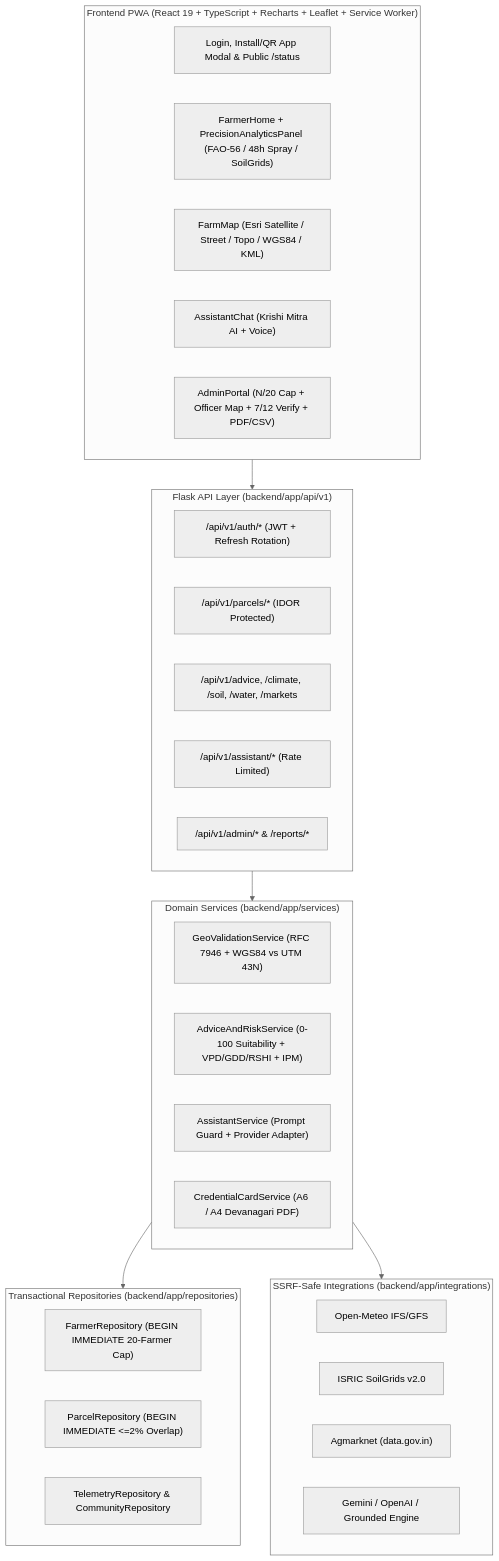
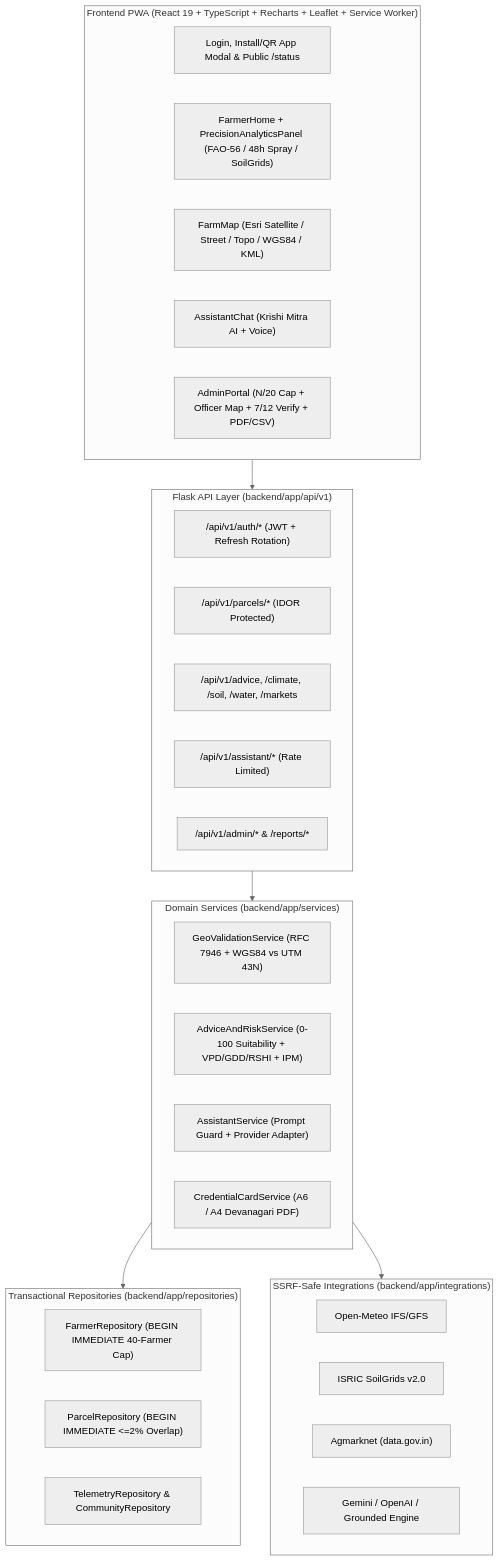
The first of 2 diagrams in ARCHITECTURE.md (haryana2x4/terrawise-ai), drawn with Mermaid (neutral theme) before and after one commit. The commit also changed other lines of this file and 23 other files, not shown here.

````diff
--- a/ARCHITECTURE.md
+++ b/ARCHITECTURE.md
@@ -9,43 +9,43 @@
 ```mermaid
 flowchart TD
     subgraph Client["Frontend PWA (React 19 + TypeScript + Recharts + Leaflet + Service Worker)"]
         LoginUI["Login, Install/QR App Modal & Public /status"]
         FarmerUI["FarmerHome + PrecisionAnalyticsPanel (FAO-56 / 48h Spray / SoilGrids)"]
         MapUI["FarmMap (Esri Satellite / Street / Topo / WGS84 / KML)"]
         ChatUI["AssistantChat (Krishi Mitra AI + Voice)"]
         AdminUI["AdminPortal (N/20 Cap + Officer Map + 7/12 Verify + PDF/CSV)"]
     end
 
     subgraph API["Flask API Layer (backend/app/api/v1)"]
         AuthRoutes["/api/v1/auth/* (JWT + Refresh Rotation)"]
         ParcelRoutes["/api/v1/parcels/* (IDOR Protected)"]
         AdviceRoutes["/api/v1/advice, /climate, /soil, /water, /markets"]
         BotRoutes["/api/v1/assistant/* (Rate Limited)"]
         AdminRoutes["/api/v1/admin/* & /reports/*"]
     end
 
     subgraph Services["Domain Services (backend/app/services)"]
         GeoSvc["GeoValidationService (RFC 7946 + WGS84 vs UTM 43N)"]
         AdviceSvc["AdviceAndRiskService (0-100 Suitability + VPD/GDD/RSHI + IPM)"]
         BotSvc["AssistantService (Prompt Guard + Provider Adapter)"]
         CardSvc["CredentialCardService (A6 / A4 Devanagari PDF)"]
     end
 
     subgraph Repos["Transactional Repositories (backend/app/repositories)"]
-        FarmerRepo["FarmerRepository (BEGIN IMMEDIATE 20-Farmer Cap)"]
+        FarmerRepo["FarmerRepository (BEGIN IMMEDIATE 40-Farmer Cap)"]
         ParcelRepo["ParcelRepository (BEGIN IMMEDIATE <=2% Overlap)"]
         TeleRepo["TelemetryRepository & CommunityRepository"]
     end
 
     subgraph Integrations["SSRF-Safe Integrations (backend/app/integrations)"]
         OpenMeteo["Open-Meteo IFS/GFS"]
         SoilGrids["ISRIC SoilGrids v2.0"]
         Agmarknet["Agmarknet (data.gov.in)"]
         LLMs["Gemini / OpenAI / Grounded Engine"]
     end
 
     Client --> API
     API --> Services
     Services --> Repos
     Services --> Integrations
 ```
````
